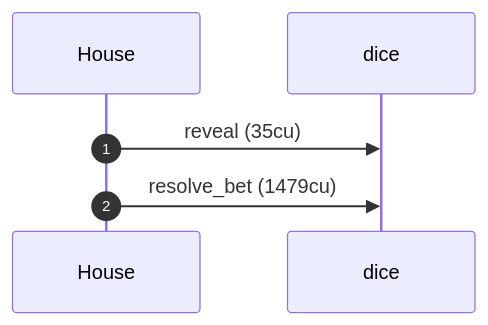
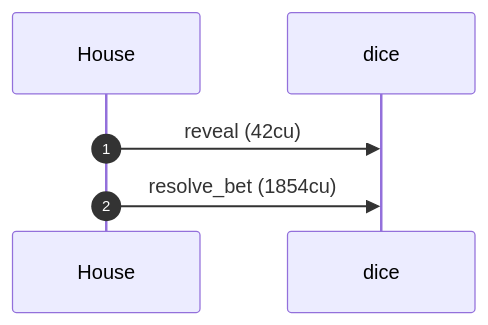
Before and after one commit to cds-turbin3/builder-05-no-fair-dice: the first of 3 diagrams in dogfood/report/losing-roll.md, drawn with Mermaid. The commit also changed other lines of this file and 12 other files, not shown here.

````diff
--- a/dogfood/report/losing-roll.md
+++ b/dogfood/report/losing-roll.md
@@ -19,8 +19,8 @@
 ```mermaid
 sequenceDiagram
     autonumber
     participant House
     participant dice
-    House ->> dice: reveal (35cu)
-    House ->> dice: resolve_bet (1479cu)
+    House ->> dice: reveal (42cu)
+    House ->> dice: resolve_bet (1854cu)
 ```
````
